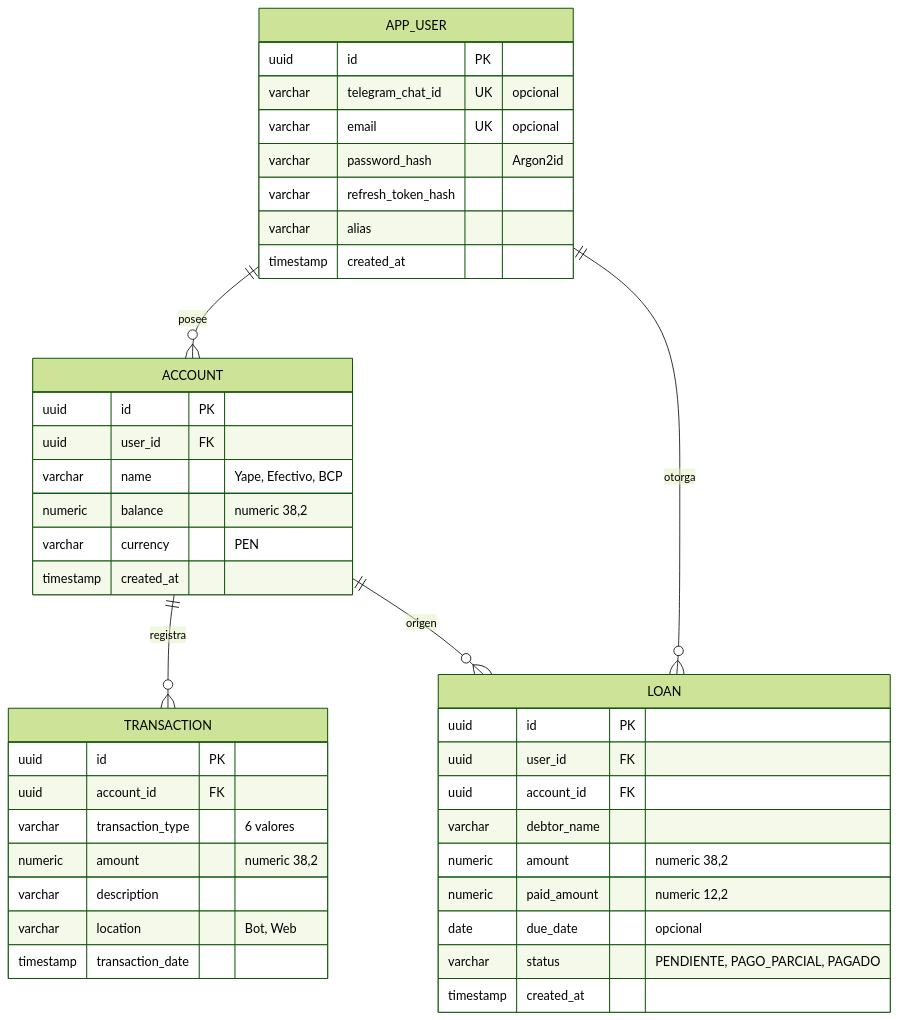
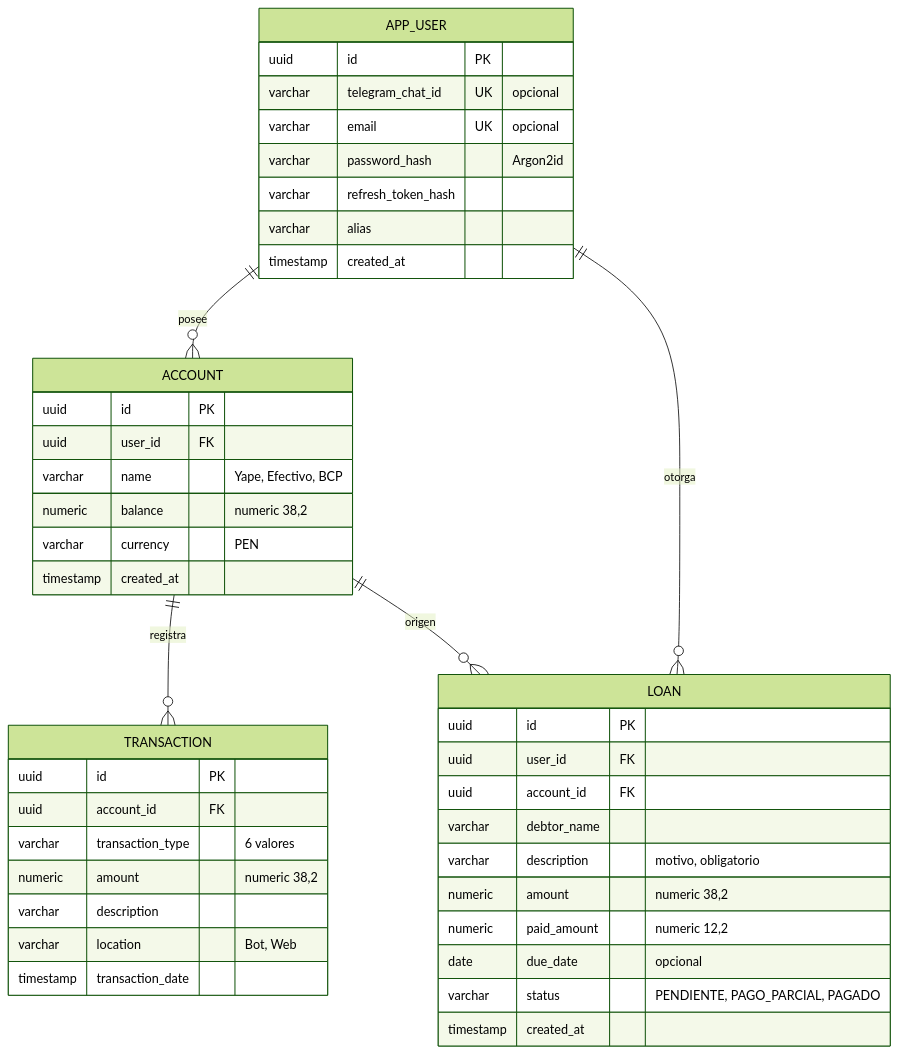
One commit to BVAndy259/finances changed the diagram in docs/database/er-diagram.mmd. Above: the diagram before and after it, drawn with Mermaid (forest theme). The commit also changed 5 other files, not shown here.

```diff
--- a/docs/database/er-diagram.mmd
+++ b/docs/database/er-diagram.mmd
@@ -1,46 +1,47 @@
 erDiagram
     APP_USER ||--o{ ACCOUNT : "posee"
     APP_USER ||--o{ LOAN : "otorga"
     ACCOUNT ||--o{ TRANSACTION : "registra"
     ACCOUNT ||--o{ LOAN : "origen"
 
     APP_USER {
         uuid id PK
         varchar telegram_chat_id UK "opcional"
         varchar email UK "opcional"
         varchar password_hash "Argon2id"
         varchar refresh_token_hash
         varchar alias
         timestamp created_at
     }
 
     ACCOUNT {
         uuid id PK
         uuid user_id FK
         varchar name "Yape, Efectivo, BCP"
         numeric balance "numeric 38,2"
         varchar currency "PEN"
         timestamp created_at
     }
 
     TRANSACTION {
         uuid id PK
         uuid account_id FK
         varchar transaction_type "6 valores"
         numeric amount "numeric 38,2"
         varchar description
         varchar location "Bot, Web"
         timestamp transaction_date
     }
 
     LOAN {
         uuid id PK
         uuid user_id FK
         uuid account_id FK
         varchar debtor_name
+        varchar description "motivo, obligatorio"
         numeric amount "numeric 38,2"
         numeric paid_amount "numeric 12,2"
         date due_date "opcional"
         varchar status "PENDIENTE, PAGO_PARCIAL, PAGADO"
         timestamp created_at
     }
```
